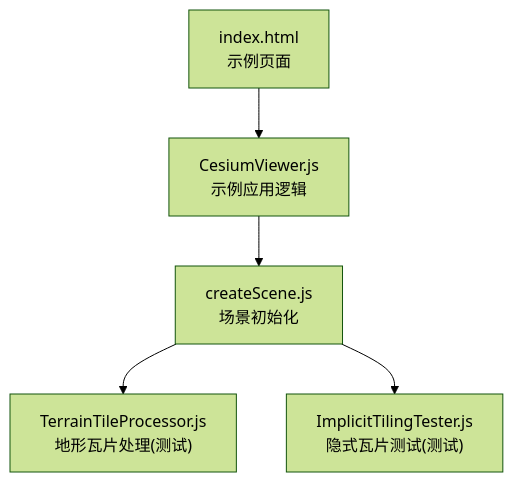
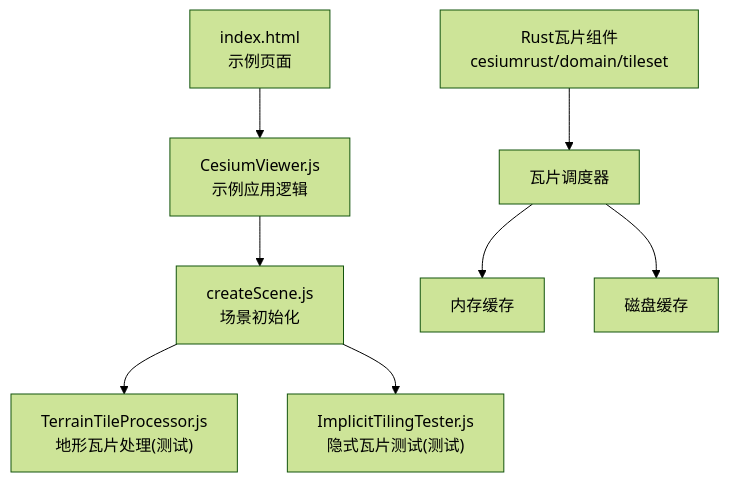
Before and after one commit to rzhangjing/cesium: the first of 7 diagrams in .qoder/repowiki/zh/content/性能优化/数据加载优化/瓦片加载策略.md, drawn with Mermaid (forest theme). The commit also changed other lines of this file and 56 other files, not shown here.

````diff
--- a/.qoder/repowiki/zh/content/性能优化/数据加载优化/瓦片加载策略.md
+++ b/.qoder/repowiki/zh/content/性能优化/数据加载优化/瓦片加载策略.md
@@ -34,7 +44,10 @@
 ```mermaid
 graph TB
 A["index.html<br/>示例页面"] --> B["CesiumViewer.js<br/>示例应用逻辑"]
 B --> C["createScene.js<br/>场景初始化"]
 C --> D["TerrainTileProcessor.js<br/>地形瓦片处理(测试)"]
 C --> E["ImplicitTilingTester.js<br/>隐式瓦片测试(测试)"]
+F["Rust瓦片组件<br/>cesiumrust/domain/tileset"] --> G["瓦片调度器"]
+G --> H["内存缓存"]
+G --> I["磁盘缓存"]
 ```
````
